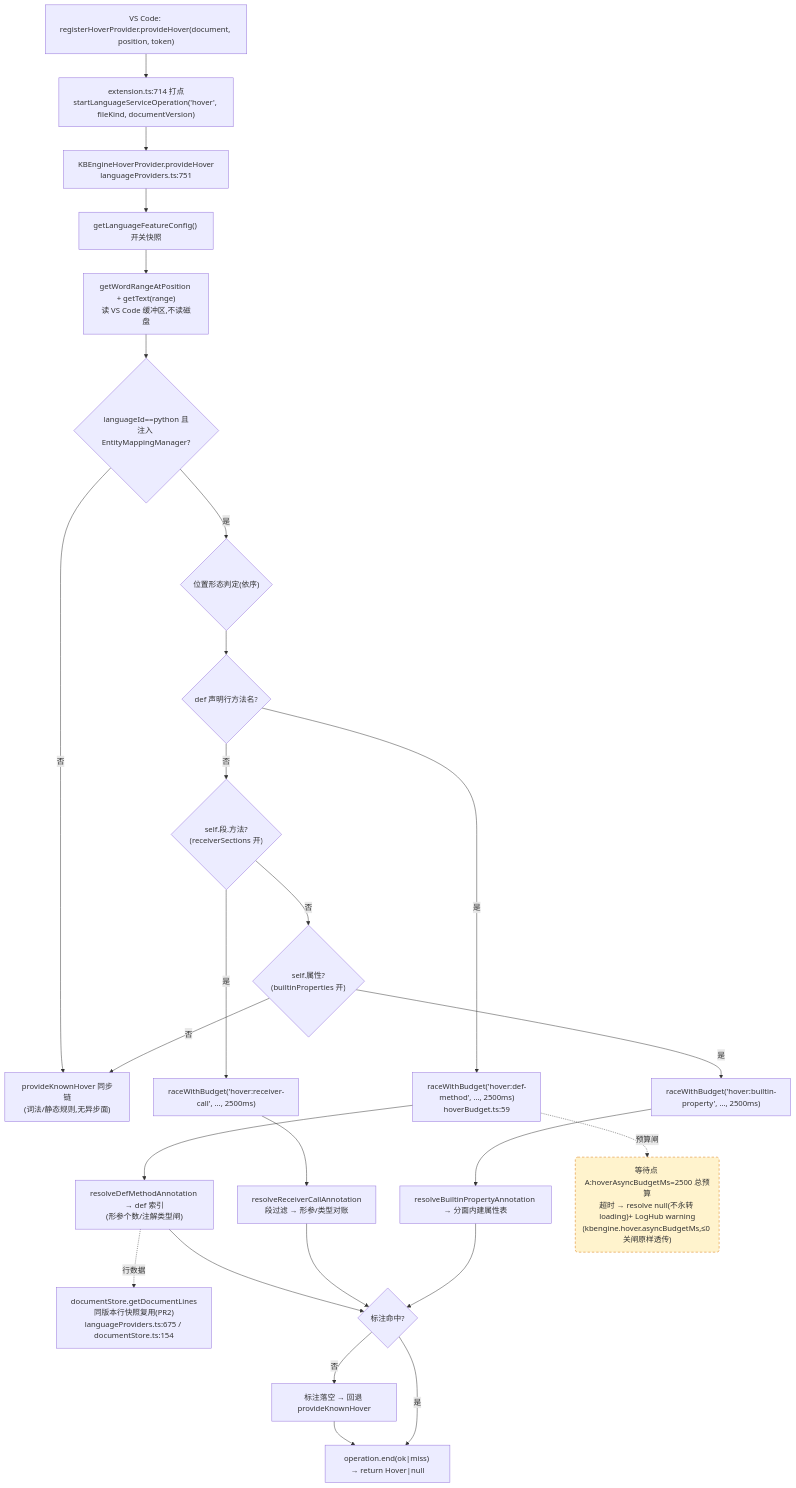
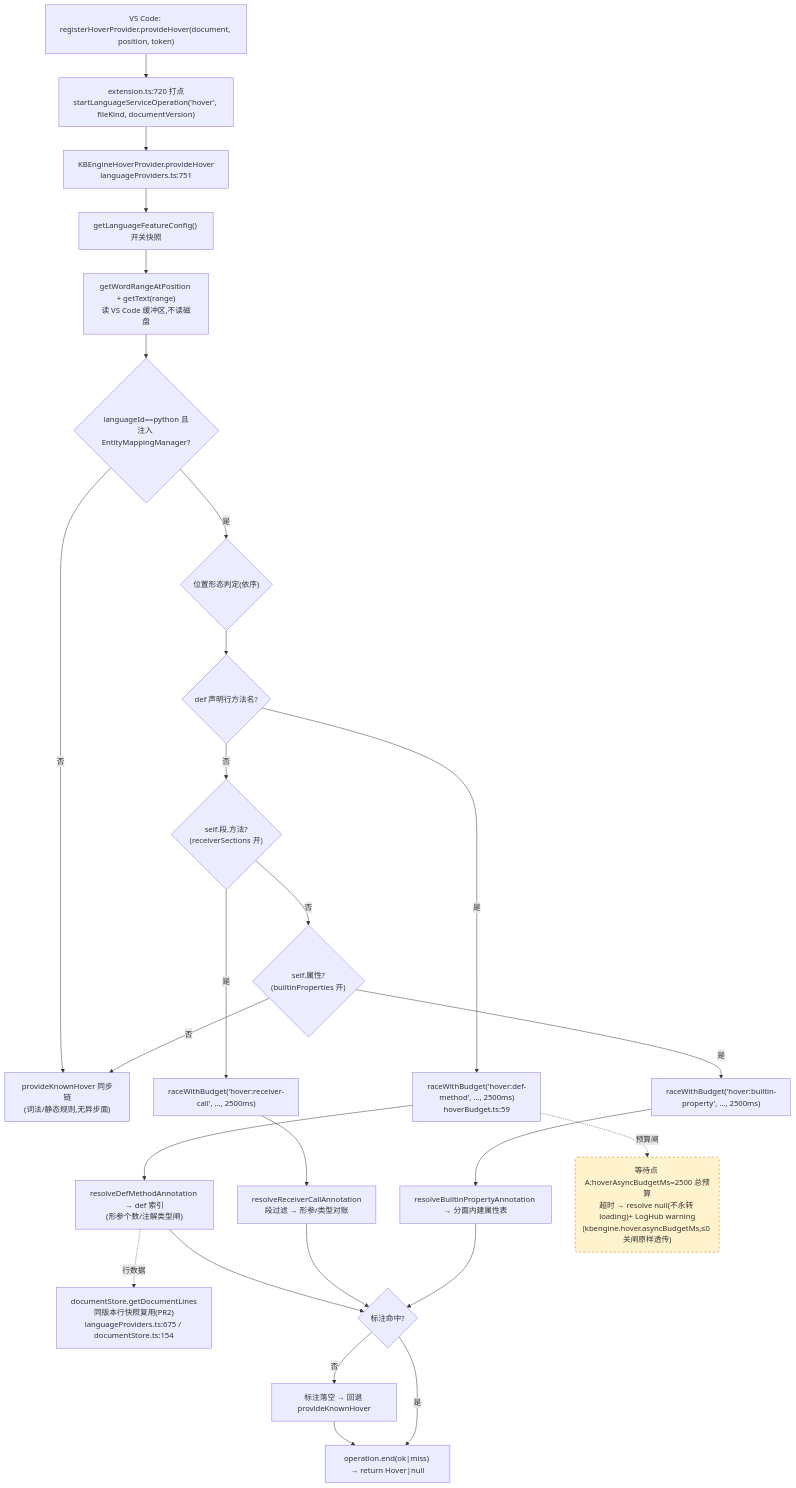
The first of 4 diagrams in docs/perf/2026-baseline.md (cuihairu/kode), drawn with Mermaid before and after one commit. The commit also changed other lines of this file and 11 other files, not shown here.

````diff
--- a/docs/perf/2026-baseline.md
+++ b/docs/perf/2026-baseline.md
@@ -82,45 +82,45 @@
 ```mermaid
 flowchart TD
   VC1["VS Code: registerHoverProvider.provideHover(document, position, token)"]
-  M1["extension.ts:714 打点<br/>startLanguageServiceOperation('hover', fileKind, documentVersion)"]
+  M1["extension.ts:720 打点<br/>startLanguageServiceOperation('hover', fileKind, documentVersion)"]
   HP["KBEngineHoverProvider.provideHover<br/>languageProviders.ts:751"]
   CFG["getLanguageFeatureConfig() 开关快照"]
   WORD["getWordRangeAtPosition + getText(range)<br/>读 VS Code 缓冲区,不读磁盘"]
   BR{"languageId==python 且<br/>注入 EntityMappingManager?"}
   KN["provideKnownHover 同步链<br/>(词法/静态规则,无异步面)"]
   POS{"位置形态判定(依序)"}
   D1{"def 声明行方法名?"}
   D2{"self.段.方法?<br/>(receiverSections 开)"}
   D3{"self.属性?<br/>(builtinProperties 开)"}
   RA1["raceWithBudget('hover:def-method', …, 2500ms)<br/>hoverBudget.ts:59"]
   RA2["raceWithBudget('hover:receiver-call', …, 2500ms)"]
   RA3["raceWithBudget('hover:builtin-property', …, 2500ms)"]
   RS1["resolveDefMethodAnnotation → def 索引<br/>(形参个数/注解类型闸)"]
   RS2["resolveReceiverCallAnnotation<br/>段过滤 → 形参/类型对账"]
   RS3["resolveBuiltinPropertyAnnotation → 分面内建属性表"]
   LINES["documentStore.getDocumentLines<br/>同版本行快照复用(PR2)<br/>languageProviders.ts:675 / documentStore.ts:154"]
   MISS["标注落空 → 回退 provideKnownHover"]
   END1["operation.end(ok|miss) → return Hover|null"]
 
   VC1 --> M1 --> HP --> CFG --> WORD --> BR
   BR -- "否" --> KN
   BR -- "是" --> POS --> D1
   D1 -- "是" --> RA1 --> RS1
   D1 -- "否" --> D2
   D2 -- "是" --> RA2 --> RS2
   D2 -- "否" --> D3
   D3 -- "是" --> RA3 --> RS3
   D3 -- "否" --> KN
   RS1 --> HIT{"标注命中?"}
   RS2 --> HIT
   RS3 --> HIT
   RS1 -.->|行数据| LINES
   HIT -- "否" --> MISS --> END1
   HIT -- "是" --> END1
 
   WAITA("等待点 A:hoverAsyncBudgetMs=2500 总预算<br/>超时 → resolve null(不永转 loading)+ LogHub warning<br/>(kbengine.hover.asyncBudgetMs,≤0 关闸原样透传)")
   RA1 -.->|预算闸| WAITA
 
   classDef waitPoint fill:#fff3cd,stroke:#d97706,stroke-dasharray:5 4;
   class WAITA waitPoint;
 ```
````
